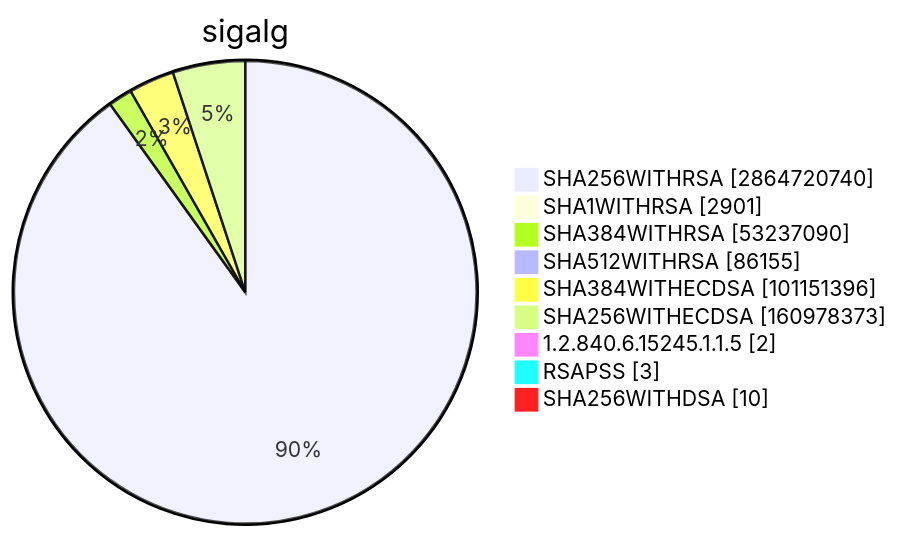
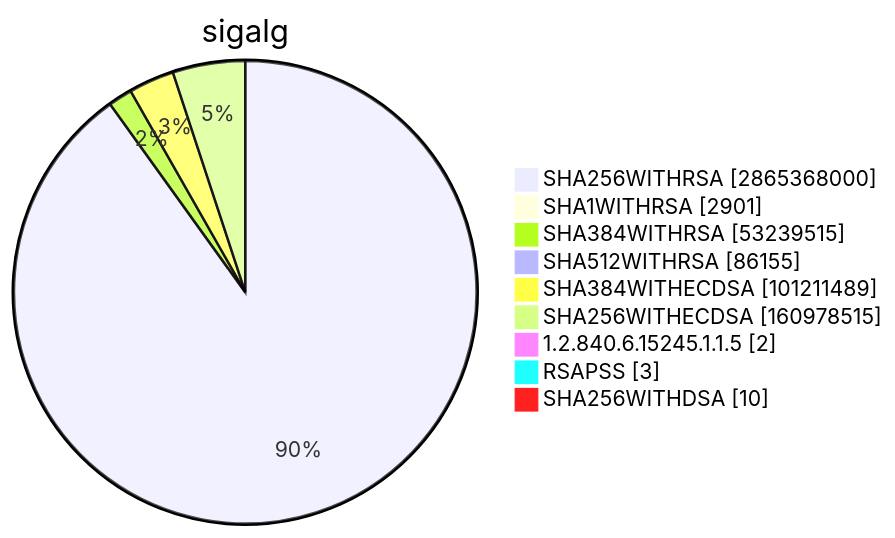
Before and after one commit to christiankrug/ctmonitor_visualization: diagram 15 of 15 in TOTAL/README.md, drawn with Mermaid. The commit also changed other lines of this file, not shown here.

````diff
--- a/TOTAL/README.md
+++ b/TOTAL/README.md
@@ -6207,13 +6207,13 @@
 ```mermaid
 pie showData
 title sigalg
-"SHA256WITHRSA" :2864720740
+"SHA256WITHRSA" :2865368000
 "SHA1WITHRSA" :2901
-"SHA384WITHRSA" :53237090
+"SHA384WITHRSA" :53239515
 "SHA512WITHRSA" :86155
-"SHA384WITHECDSA" :101151396
-"SHA256WITHECDSA" :160978373
+"SHA384WITHECDSA" :101211489
+"SHA256WITHECDSA" :160978515
 "1.2.840.6.15245.1.1.5" :2
 "RSAPSS" :3
 "SHA256WITHDSA" :10
 ```
````
